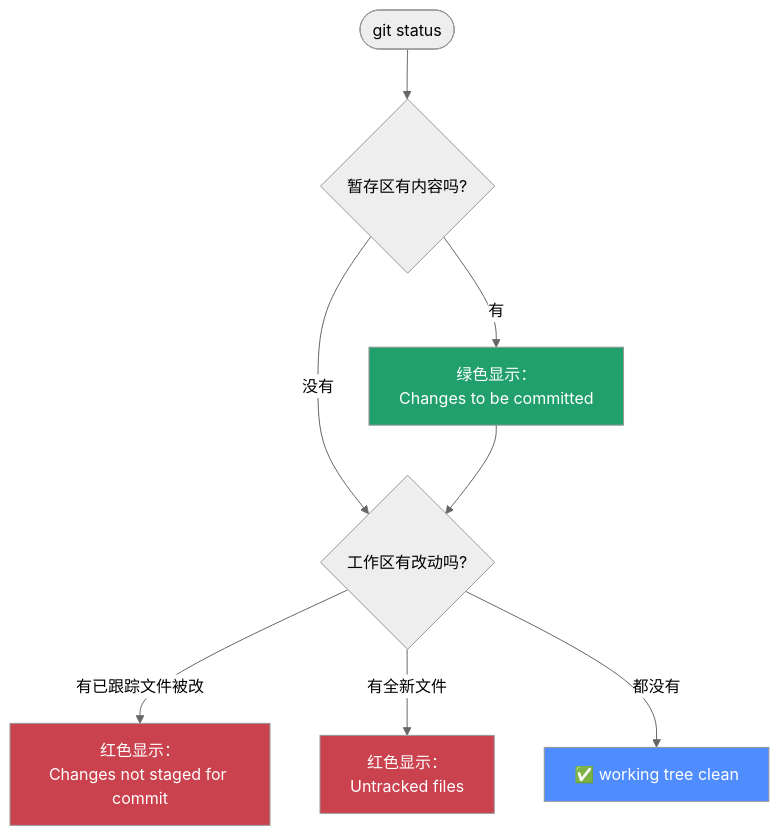
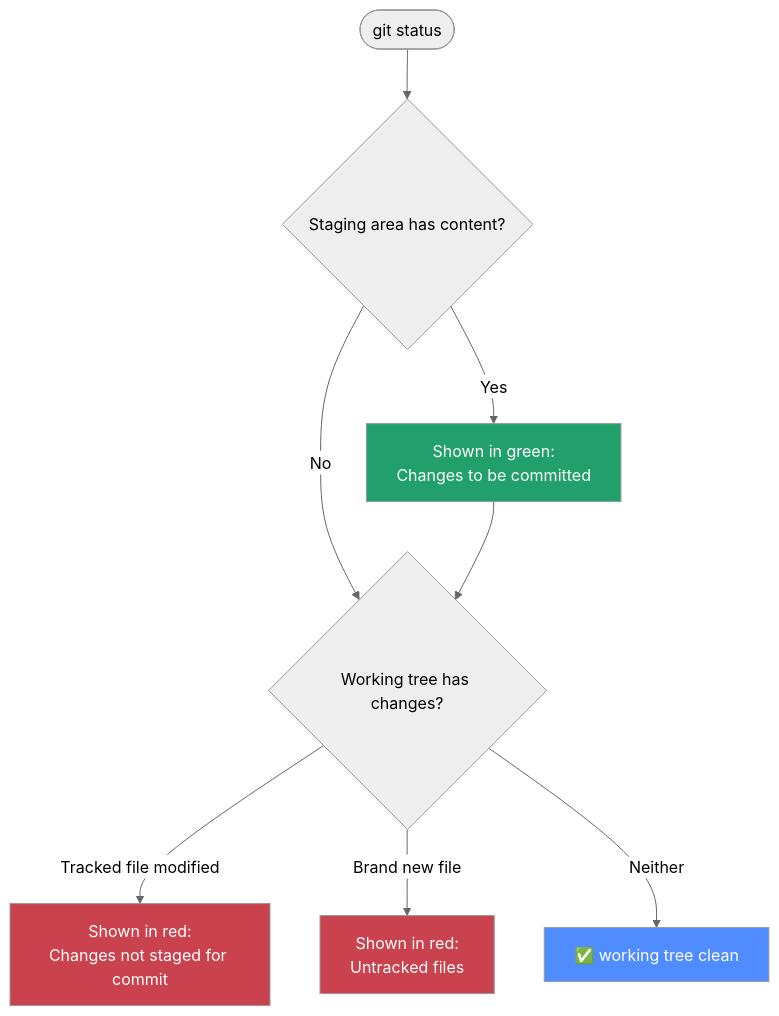
Before and after one commit to kelvinlee97/engineering: the diagram in Git/status/README.md, drawn with Mermaid (neutral theme). The commit also changed other lines of this file and 16 other files, not shown here.

First line of the commit message:
fix: conform Git tutorial to bilingual + Mermaid accessibility contract

````diff
--- a/Git/status/README.md
+++ b/Git/status/README.md
@@ -14,15 +16,17 @@
 ```mermaid
 flowchart TD
-    Start([git status]) --> Q1{暂存区有内容吗?}
-    Q1 -- 有 --> S1["绿色显示：<br/>Changes to be committed"]
-    Q1 -- 没有 --> Q2{工作区有改动吗?}
+    accTitle: How git status decides what to show
+    accDescr: First check whether the staging area has content; if so, show it in green as changes to be committed. Then check the working tree: modifications to tracked files show as not staged, brand new files show as untracked. If neither has anything, the working tree is clean.
+    Start([git status]) --> Q1{Staging area has content?}
+    Q1 -- Yes --> S1["Shown in green:<br/>Changes to be committed"]
+    Q1 -- No --> Q2{Working tree has changes?}
     S1 --> Q2
-    Q2 -- 有已跟踪文件被改 --> S2["红色显示：<br/>Changes not staged for commit"]
-    Q2 -- 有全新文件 --> S3["红色显示：<br/>Untracked files"]
-    Q2 -- 都没有 --> S4["✅ working tree clean"]
+    Q2 -- Tracked file modified --> S2["Shown in red:<br/>Changes not staged for commit"]
+    Q2 -- Brand new file --> S3["Shown in red:<br/>Untracked files"]
+    Q2 -- Neither --> S4["✅ working tree clean"]
 
     style S1 fill:#22a06b,color:#fff
     style S2 fill:#c9424e,color:#fff
     style S3 fill:#c9424e,color:#fff
     style S4 fill:#4f8cff,color:#fff
 ```
````
